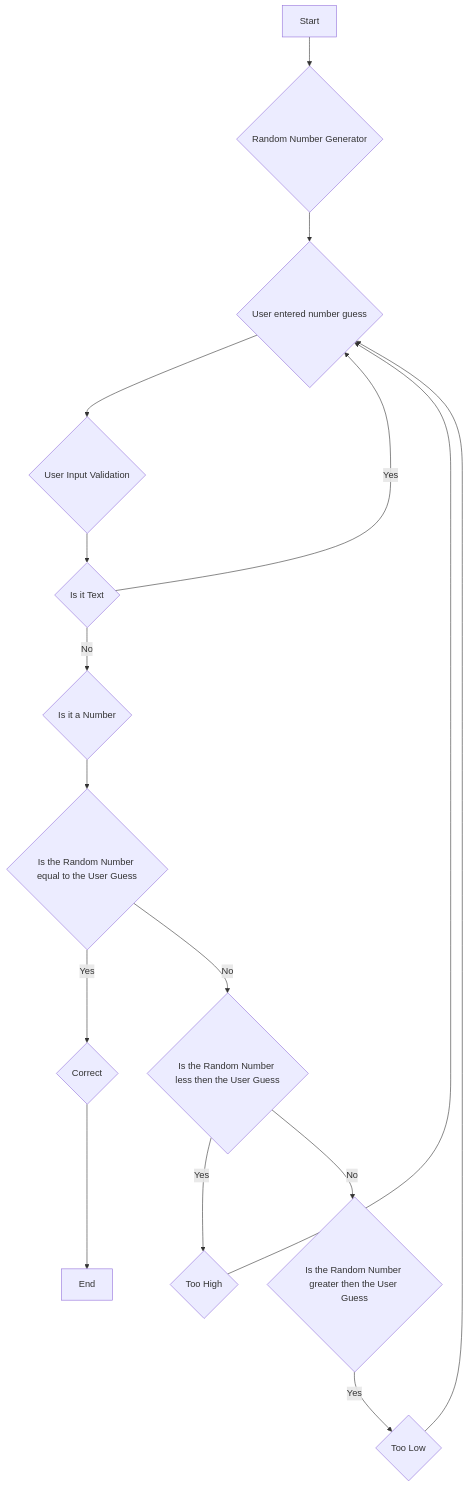
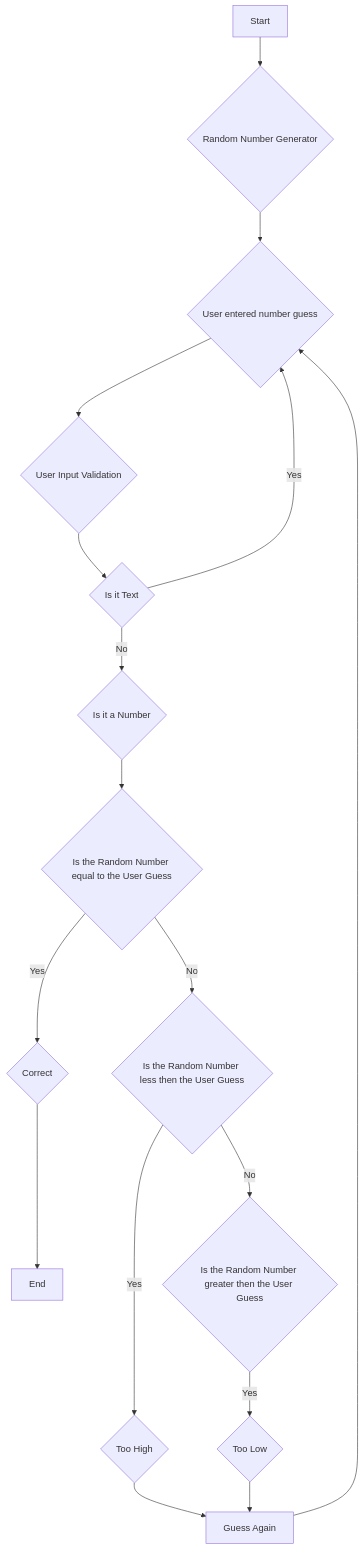
The diagram in README.md (mewald19/guessinggame.github.io), drawn with Mermaid before and after one commit.

Commit message:
Update README.md
cleaning up my code

````diff
--- a/README.md
+++ b/README.md
@@ -2,15 +2,16 @@
 ```mermaid
 
 flowchart TD
     A[Start] --> B{Random Number Generator} --> C{User entered number guess} -->D{User Input Validation} --> E{Is it Text}
     E -- Yes --> C
     E -- No --> F{Is it a Number}
     F --> G{Is the Random Number equal to the User Guess}
     G -- Yes -->  H{Correct}
     G -- No --> I{Is the Random Number less then the User Guess}
     I -- Yes --> J{Too High}
     I -- No --> K{Is the Random Number greater then the User Guess}
     K -- Yes --> L{Too Low}
-    J & L --> C
-    H --> M[End]
+    J & L --> M[Guess Again]
+    M --> C
+    H --> N[End]
 ```
````
